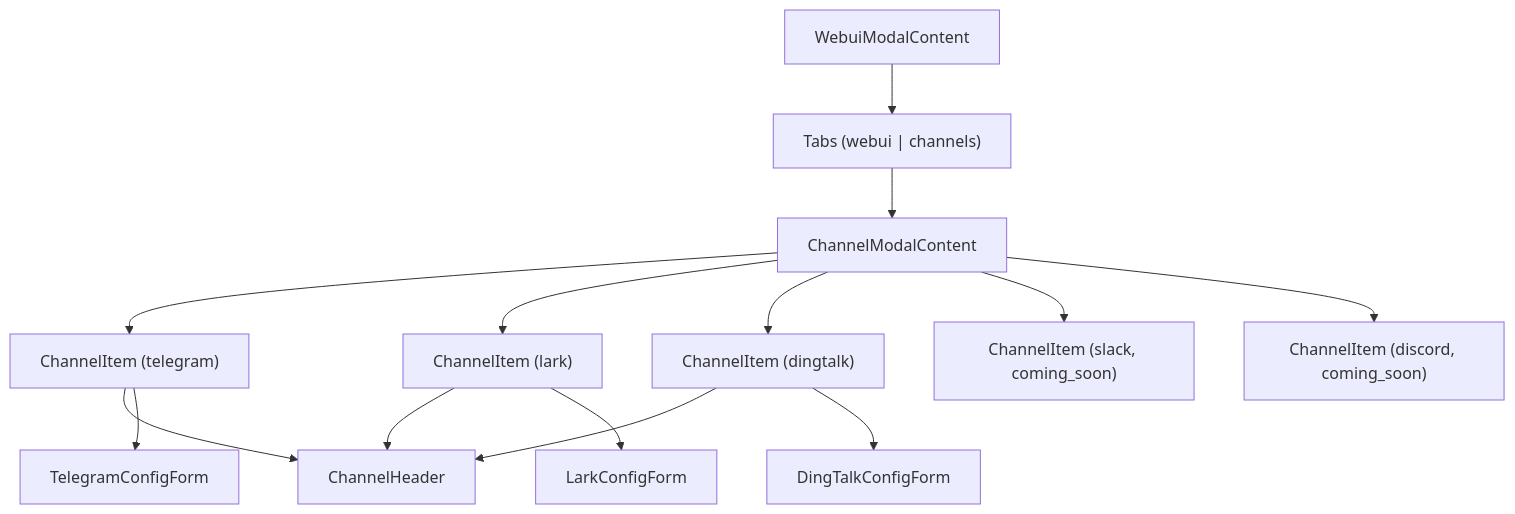
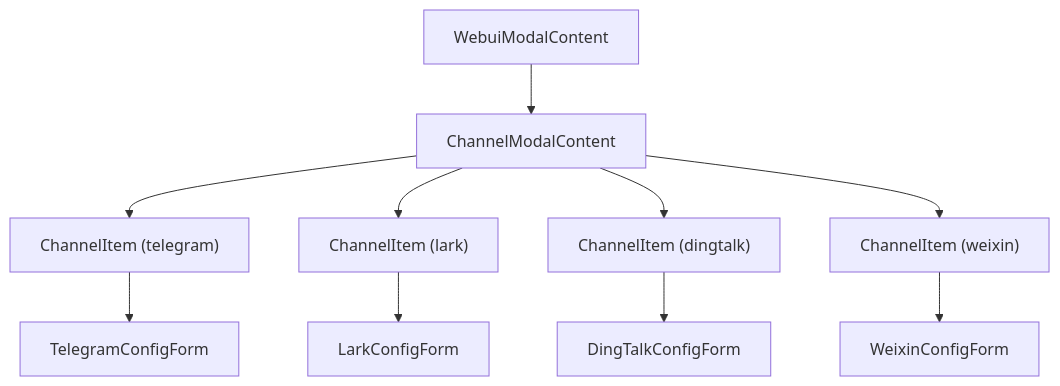
One commit to blackcater/zentree changed the first of 3 diagrams in docs/iOfficeAI_AionUi/channel-integration/platform-integrations.md. Above: the diagram before and after it, drawn with Mermaid. The commit also changed other lines of this file and 232 other files, not shown here.

````diff
--- a/docs/iOfficeAI_AionUi/channel-integration/platform-integrations.md
+++ b/docs/iOfficeAI_AionUi/channel-integration/platform-integrations.md
@@ -34,29 +39,23 @@
 ```mermaid
 graph TD
   WebuiModalContent["WebuiModalContent"]
-  Tabs["Tabs (webui | channels)"]
   ChannelModalContent["ChannelModalContent"]
   ChannelItem_tg["ChannelItem (telegram)"]
   ChannelItem_lark["ChannelItem (lark)"]
   ChannelItem_dt["ChannelItem (dingtalk)"]
-  ChannelItem_slack["ChannelItem (slack, coming_soon)"]
-  ChannelItem_discord["ChannelItem (discord, coming_soon)"]
-  ChannelHeader["ChannelHeader"]
+  ChannelItem_wx["ChannelItem (weixin)"]
   TelegramConfigForm["TelegramConfigForm"]
   LarkConfigForm["LarkConfigForm"]
   DingTalkConfigForm["DingTalkConfigForm"]
+  WeixinConfigForm["WeixinConfigForm"]
 
-  WebuiModalContent --> Tabs
-  Tabs --> ChannelModalContent
+  WebuiModalContent --> ChannelModalContent
   ChannelModalContent --> ChannelItem_tg
   ChannelModalContent --> ChannelItem_lark
   ChannelModalContent --> ChannelItem_dt
-  ChannelModalContent --> ChannelItem_slack
-  ChannelModalContent --> ChannelItem_discord
-  ChannelItem_tg --> ChannelHeader
+  ChannelModalContent --> ChannelItem_wx
   ChannelItem_tg --> TelegramConfigForm
-  ChannelItem_lark --> ChannelHeader
   ChannelItem_lark --> LarkConfigForm
-  ChannelItem_dt --> ChannelHeader
   ChannelItem_dt --> DingTalkConfigForm
+  ChannelItem_wx --> WeixinConfigForm
 ```
````
